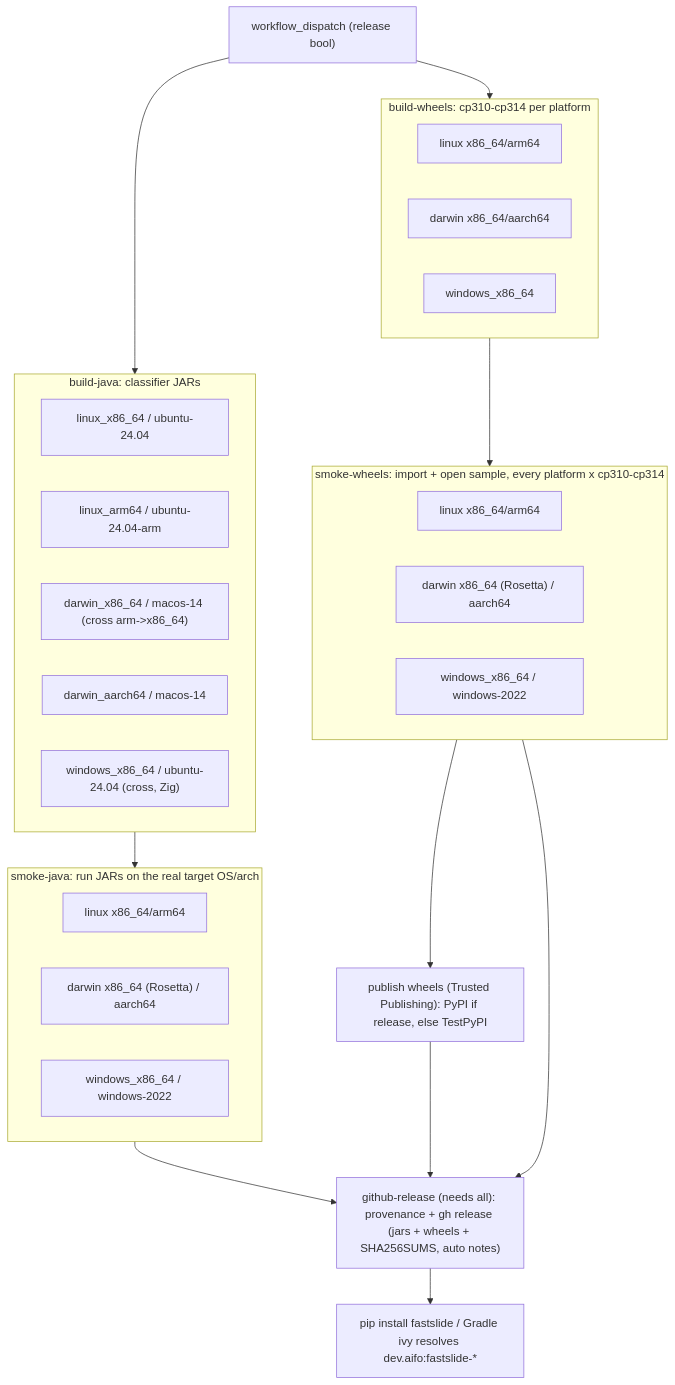
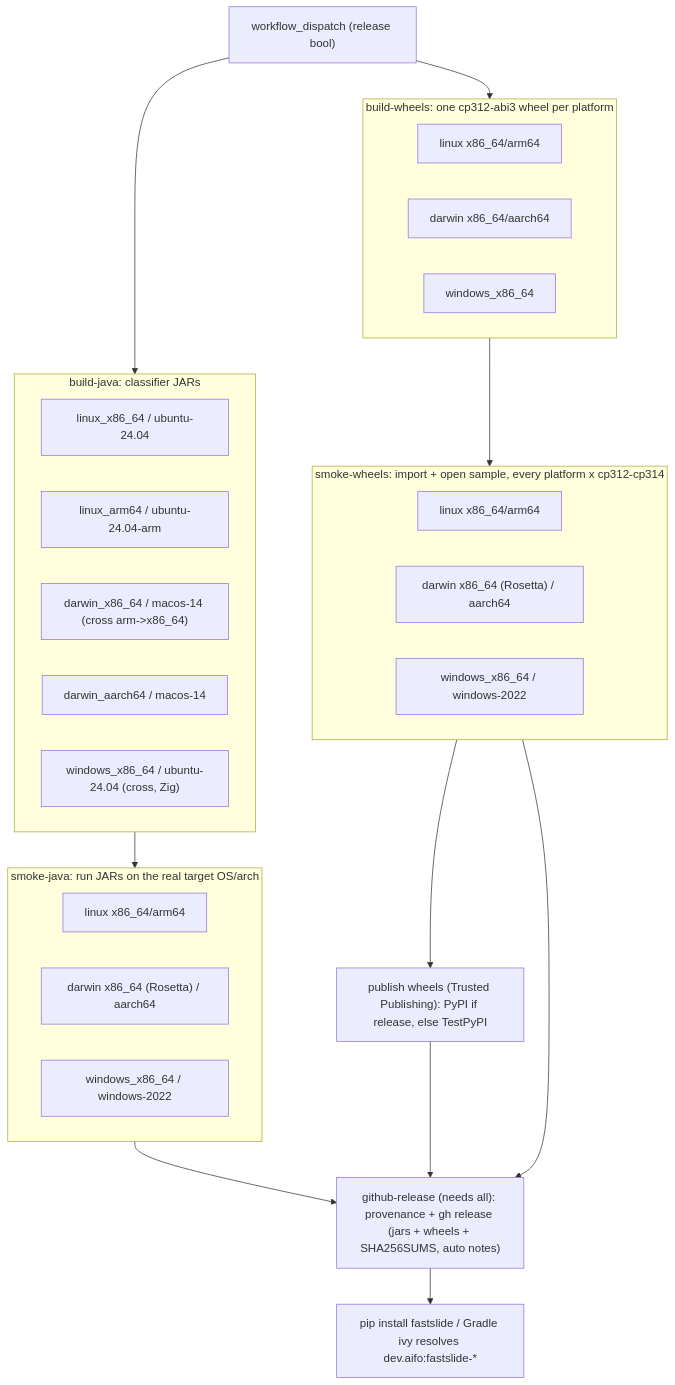
Before and after one commit to NKI-AI/fastslide: the diagram in docs/source/guides/packages_and_releases.rst, drawn with Mermaid. The commit also changed other lines of this file and 30 other files, not shown here.

```diff
--- a/docs/source/guides/packages_and_releases.rst
+++ b/docs/source/guides/packages_and_releases.rst
@@ -167,33 +168,33 @@
 .. mermaid::
 
    flowchart TB
        dispatch["workflow_dispatch (release bool)"] --> bj & bw
        subgraph bj [build-java: classifier JARs]
            blx["linux_x86_64 / ubuntu-24.04"]
            bla["linux_arm64 / ubuntu-24.04-arm"]
            bmx["darwin_x86_64 / macos-14 (cross arm->x86_64)"]
            bma["darwin_aarch64 / macos-14"]
            bwx["windows_x86_64 / ubuntu-24.04 (cross, Zig)"]
        end
        subgraph sj [smoke-java: run JARs on the real target OS/arch]
            slx["linux x86_64/arm64"]
            smx["darwin x86_64 (Rosetta) / aarch64"]
            swx["windows_x86_64 / windows-2022"]
        end
-       subgraph bw [build-wheels: cp310-cp314 per platform]
+       subgraph bw [build-wheels: one cp312-abi3 wheel per platform]
            wl["linux x86_64/arm64"]
            wm["darwin x86_64/aarch64"]
            ww["windows_x86_64"]
        end
-       subgraph sw [smoke-wheels: import + open sample, every platform x cp310-cp314]
+       subgraph sw [smoke-wheels: import + open sample, every platform x cp312-cp314]
            swl["linux x86_64/arm64"]
            swm["darwin x86_64 (Rosetta) / aarch64"]
            sww["windows_x86_64 / windows-2022"]
        end
        bj --> sj
        bw --> sw
        sw --> pypi["publish wheels (Trusted Publishing): PyPI if release, else TestPyPI"]
        sj --> rel
        sw --> rel
        pypi --> rel["github-release (needs all): provenance + gh release (jars + wheels + SHA256SUMS, auto notes)"]
        rel --> consumers["pip install fastslide / Gradle ivy resolves dev.aifo:fastslide-*"]
```
